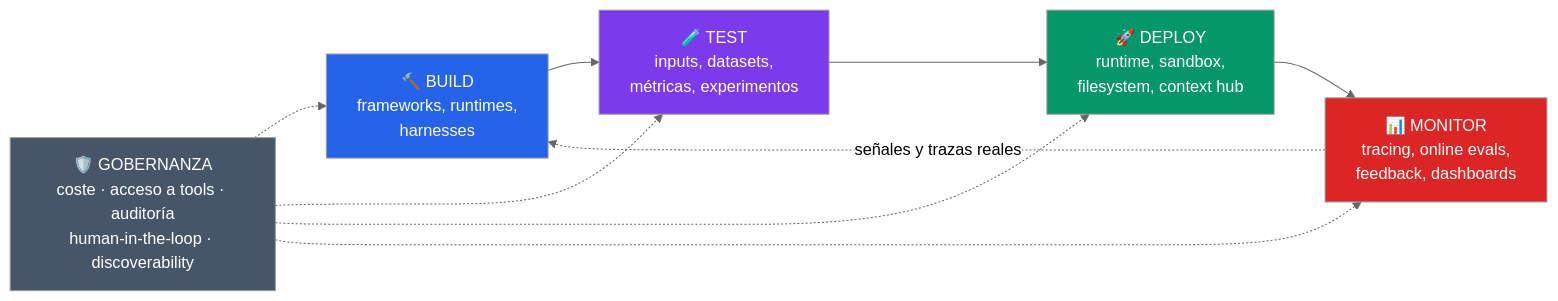
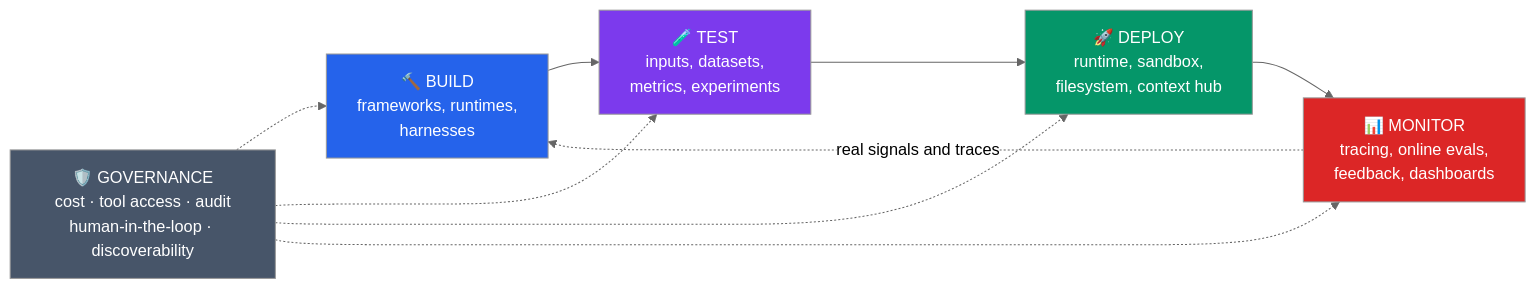
Before and after one commit to alejandrogolfe/agent-methodology: the diagram in README.md, drawn with Mermaid (neutral theme). The commit also changed other lines of this file and 8 other files, not shown here.

````diff
--- a/README.md
+++ b/README.md
@@ -11,18 +11,18 @@
 ```mermaid
 flowchart LR
-    B["🔨 BUILD<br/>frameworks, runtimes,<br/>harnesses"] --> T["🧪 TEST<br/>inputs, datasets,<br/>métricas, experimentos"]
+    B["🔨 BUILD<br/>frameworks, runtimes,<br/>harnesses"] --> T["🧪 TEST<br/>inputs, datasets,<br/>metrics, experiments"]
     T --> D["🚀 DEPLOY<br/>runtime, sandbox,<br/>filesystem, context hub"]
     D --> M["📊 MONITOR<br/>tracing, online evals,<br/>feedback, dashboards"]
-    M -.->|señales y trazas reales| B
+    M -.->|real signals and traces| B
 
-    G["🛡️ GOBERNANZA<br/>coste · acceso a tools · auditoría<br/>human-in-the-loop · discoverability"] -.-> B
+    G["🛡️ GOVERNANCE<br/>cost · tool access · audit<br/>human-in-the-loop · discoverability"] -.-> B
     G -.-> T
     G -.-> D
     G -.-> M
 
     style B fill:#2563eb,color:#fff
     style T fill:#7c3aed,color:#fff
     style D fill:#059669,color:#fff
     style M fill:#dc2626,color:#fff
     style G fill:#475569,color:#fff
 ```
````
